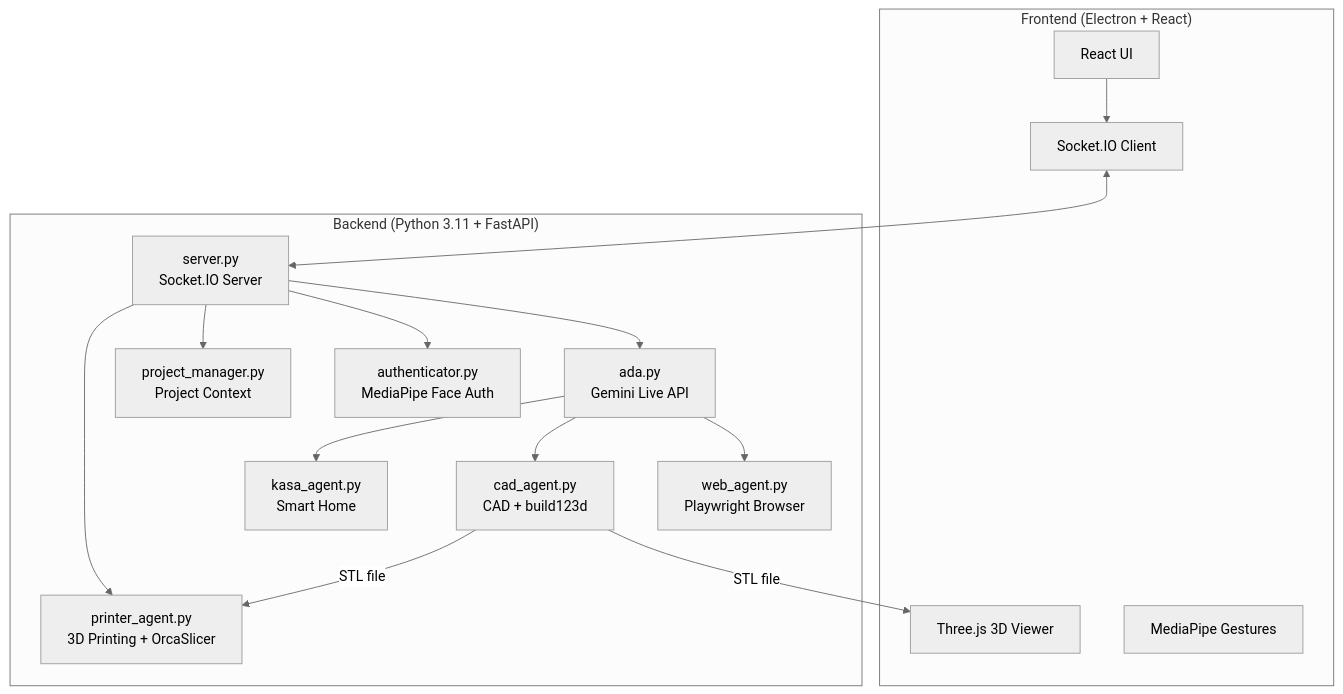
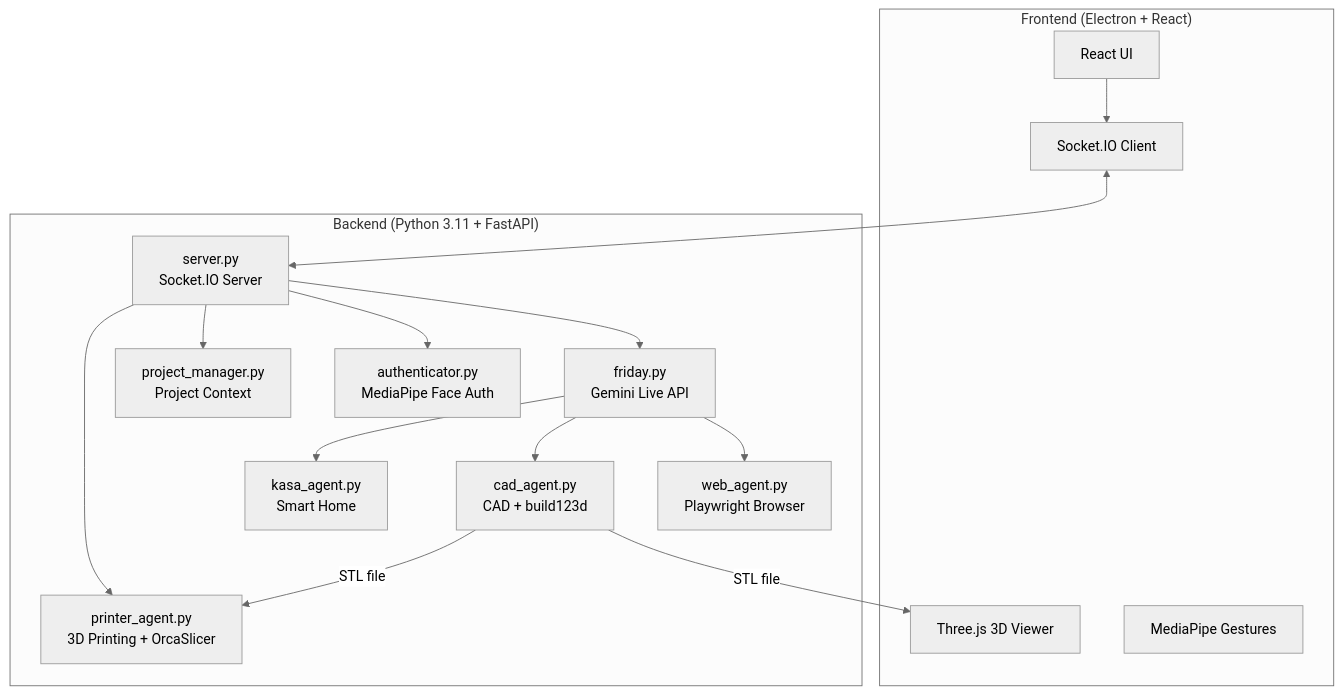
The diagram in README.md (mazwisprojects/Friday-AI-Assistant), drawn with Mermaid (neutral theme) before and after one commit. The commit also changed other lines of this file and 11 other files, not shown here.

````diff
--- a/README.md
+++ b/README.md
@@ -44,32 +44,32 @@
 ```mermaid
 graph TB
     subgraph Frontend ["Frontend (Electron + React)"]
         UI[React UI]
         THREE[Three.js 3D Viewer]
         GESTURE[MediaPipe Gestures]
         SOCKET_C[Socket.IO Client]
     end
     
     subgraph Backend ["Backend (Python 3.11 + FastAPI)"]
         SERVER[server.py<br/>Socket.IO Server]
-        ADA[ada.py<br/>Gemini Live API]
+        FRIDAY[friday.py<br/>Gemini Live API]
         WEB[web_agent.py<br/>Playwright Browser]
         CAD[cad_agent.py<br/>CAD + build123d]
         PRINTER[printer_agent.py<br/>3D Printing + OrcaSlicer]
         KASA[kasa_agent.py<br/>Smart Home]
         AUTH[authenticator.py<br/>MediaPipe Face Auth]
         PM[project_manager.py<br/>Project Context]
     end
     
     UI --> SOCKET_C
     SOCKET_C <--> SERVER
-    SERVER --> ADA
-    ADA --> WEB
-    ADA --> CAD
-    ADA --> KASA
+    SERVER --> FRIDAY
+    FRIDAY --> WEB
+    FRIDAY --> CAD
+    FRIDAY --> KASA
     SERVER --> AUTH
     SERVER --> PM
     SERVER --> PRINTER
     CAD -->|STL file| THREE
     CAD -->|STL file| PRINTER
 ```
````
